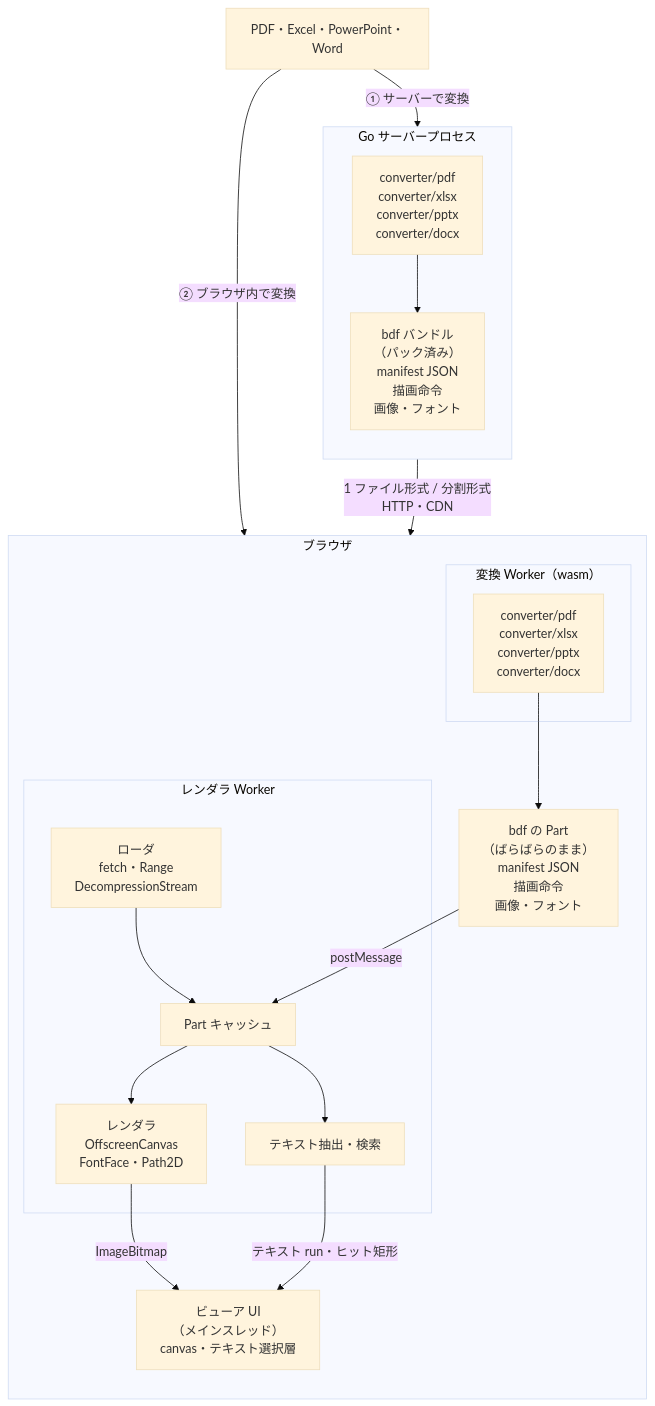
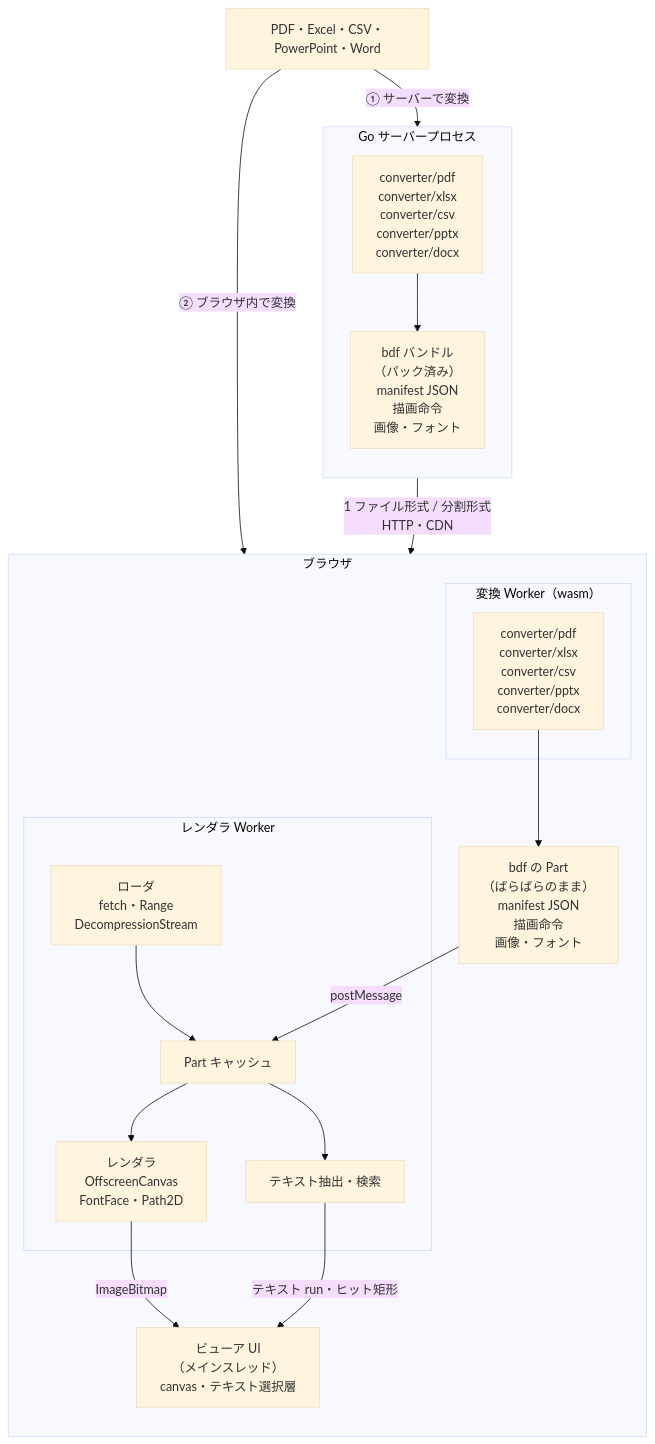
The diagram in README.ja.md (shibukawa/bdf), drawn with Mermaid (base theme) before and after one commit. The commit also changed other lines of this file and 35 other files, not shown here.

First line of the commit message:
Add CSV/TSV converter to BDF: encoding, dialect and header row detection; drawn by the Excel converter

````diff
--- a/README.ja.md
+++ b/README.ja.md
@@ -11,37 +11,37 @@
 ```mermaid
 flowchart TB
-    SRC["PDF・Excel・PowerPoint・Word"]
+    SRC["PDF・Excel・CSV・PowerPoint・Word"]
 
     subgraph SERVER["Go サーバープロセス"]
         direction TB
-        SCONV["converter/pdf<br/>converter/xlsx<br/>converter/pptx<br/>converter/docx"]
+        SCONV["converter/pdf<br/>converter/xlsx<br/>converter/csv<br/>converter/pptx<br/>converter/docx"]
         BUNDLE["bdf バンドル<br/>（パック済み）<br/>manifest JSON<br/>描画命令<br/>画像・フォント"]
         SCONV --> BUNDLE
     end
 
     subgraph BROWSER["ブラウザ"]
         direction TB
         subgraph CWORKER["変換 Worker（wasm）"]
-            WCONV["converter/pdf<br/>converter/xlsx<br/>converter/pptx<br/>converter/docx"]
+            WCONV["converter/pdf<br/>converter/xlsx<br/>converter/csv<br/>converter/pptx<br/>converter/docx"]
         end
         PARTS["bdf の Part<br/>（ばらばらのまま）<br/>manifest JSON<br/>描画命令<br/>画像・フォント"]
         subgraph RWORKER["レンダラ Worker"]
             LOADER["ローダ<br/>fetch・Range<br/>DecompressionStream"]
             STORE["Part キャッシュ"]
             RENDER["レンダラ<br/>OffscreenCanvas<br/>FontFace・Path2D"]
             TEXT["テキスト抽出・検索"]
             LOADER --> STORE
             STORE --> RENDER
             STORE --> TEXT
         end
         UI["ビューア UI<br/>（メインスレッド）<br/>canvas・テキスト選択層"]
         WCONV --> PARTS
     end
 
     SRC -- "① サーバーで変換" --> SCONV
     SRC -- "② ブラウザ内で変換" --> WCONV
     BUNDLE -- "1 ファイル形式 / 分割形式<br/>HTTP・CDN" --> LOADER
     PARTS -- "postMessage" --> STORE
     RENDER -- "ImageBitmap" --> UI
     TEXT -- "テキスト run・ヒット矩形" --> UI
 ```
````
